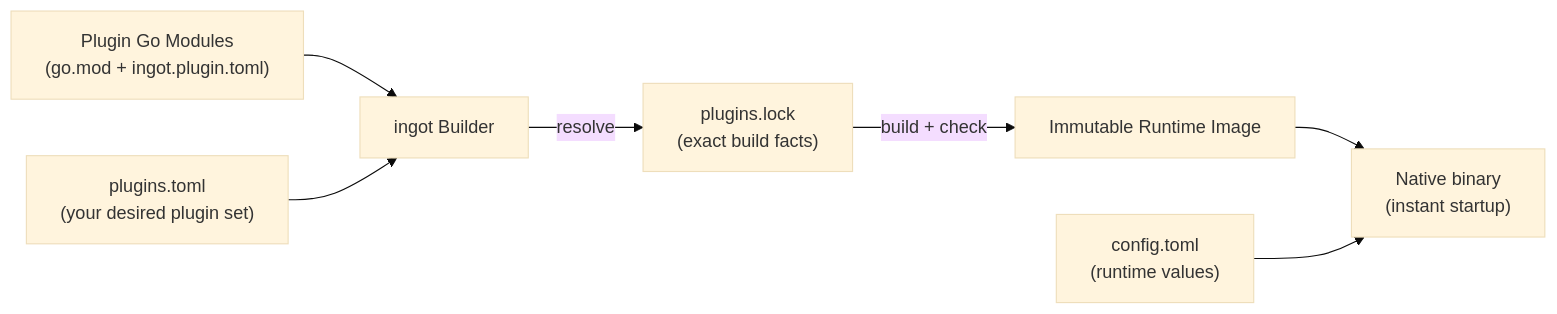
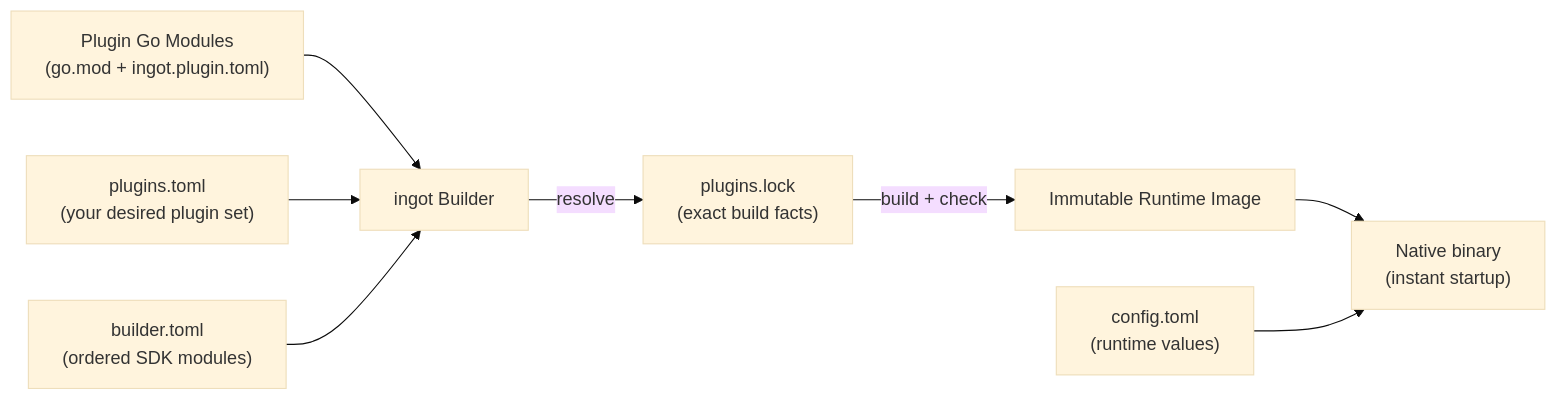
The diagram in README.md (ingot-agent/ingot), drawn with Mermaid (base theme) before and after one commit. The commit also changed other lines of this file and 22 other files, not shown here.

````diff
--- a/README.md
+++ b/README.md
@@ -16,9 +16,10 @@
 ```mermaid
 flowchart LR
     Plugins["Plugin Go Modules<br/>(go.mod + ingot.plugin.toml)"] --> Builder["ingot Builder"]
     Desired["plugins.toml<br/>(your desired plugin set)"] --> Builder
+    BuilderConfig["builder.toml<br/>(ordered SDK modules)"] --> Builder
     Builder -->|resolve| Lock["plugins.lock<br/>(exact build facts)"]
     Lock -->|build + check| Image["Immutable Runtime Image"]
     Image --> Runtime["Native binary<br/>(instant startup)"]
     Config["config.toml<br/>(runtime values)"] --> Runtime
 ```
````
